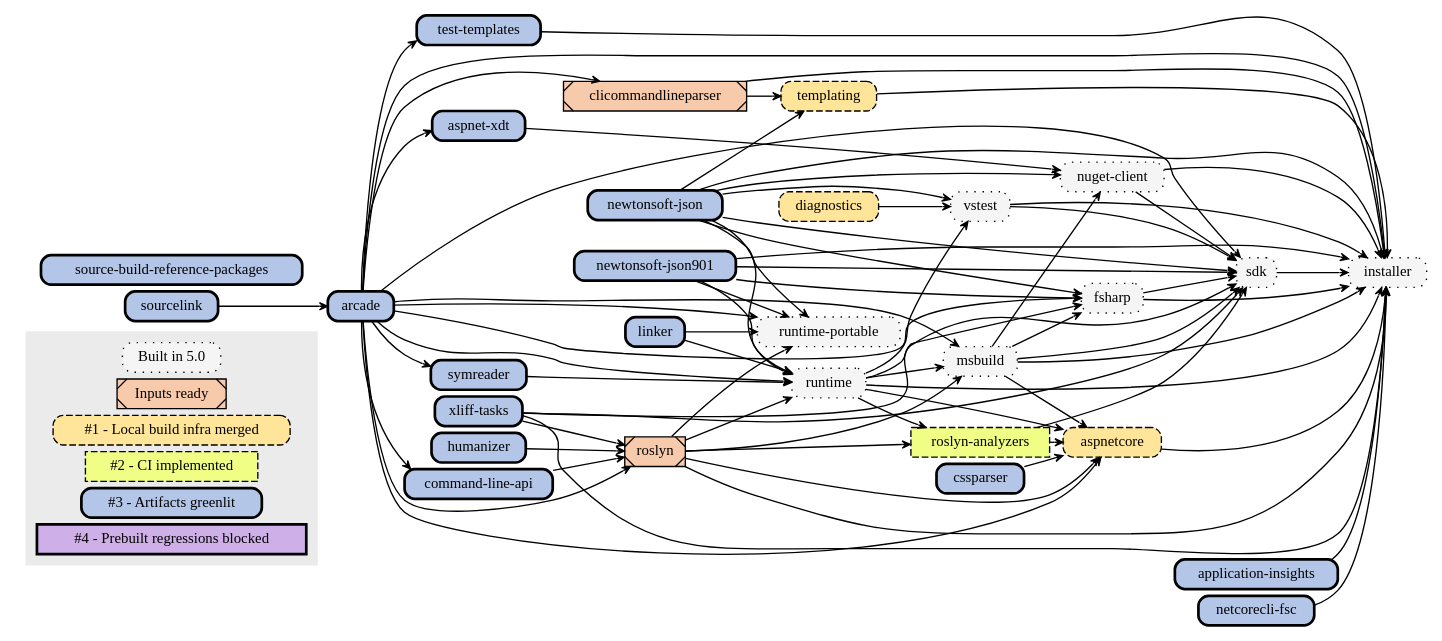
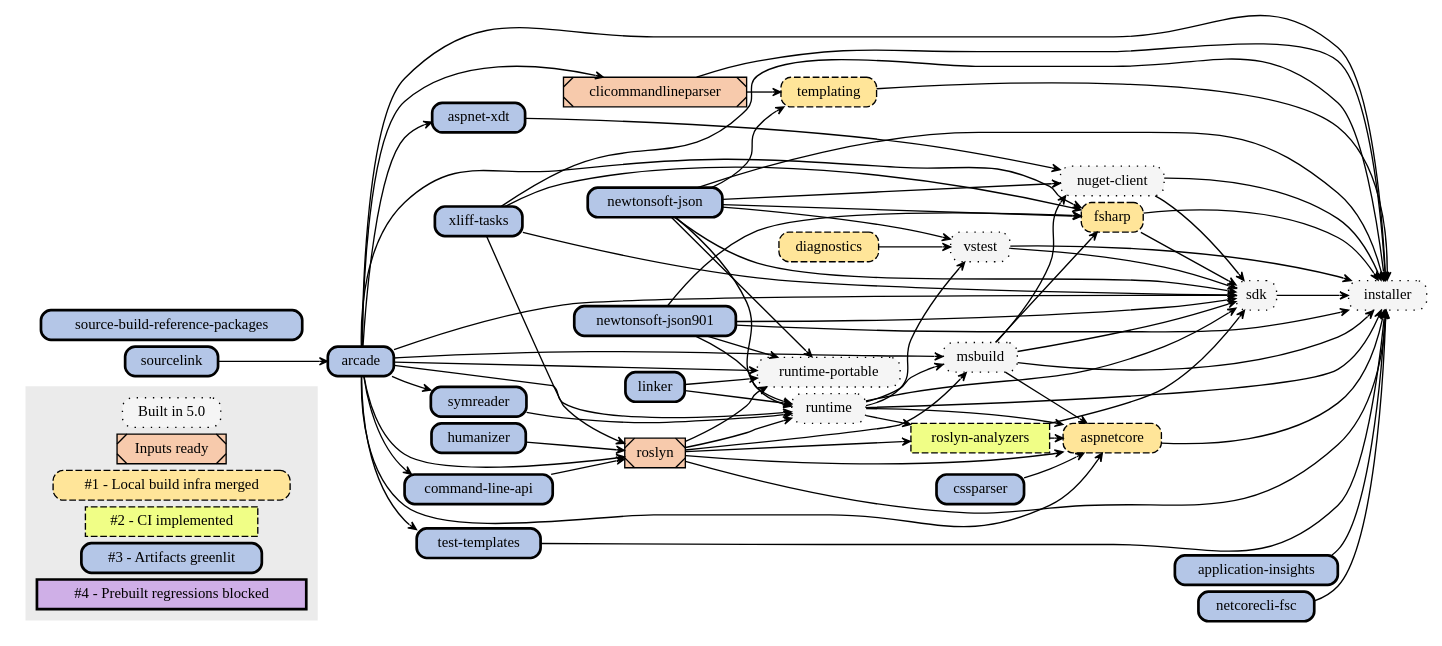
One commit to dotnet/source-build changed the diagram in Documentation/planning/arcade-powered-source-build/img/implementation-plan-graph.dot. Above: the diagram before and after it, drawn with Graphviz. The commit also changed other lines of this file, not shown here.

```diff
--- a/Documentation/planning/arcade-powered-source-build/img/implementation-plan-graph.dot
+++ b/Documentation/planning/arcade-powered-source-build/img/implementation-plan-graph.dot
@@ -1,148 +1,148 @@
 // dot.exe implementation-plan-graph.dot -Tsvg -o implementation-plan-graph.svg
 
 digraph {
 node[
   shape=rect
   width=0 height=0 margin=0.07
   style=filled
   fontsize=11]
 edge[
   penwidth=1
   arrowsize=0.6
   arrowhead=vee
   pencolor="#444444"]
 rankdir=LR
 nodesep=0.07
 ranksep=0.08
 
 node [fillcolor="#F5F5F5",style="dotted,filled,rounded",tooltip="Built"]
 "pre0"[label="Built in 5.0"]
-"fsharp"
 "installer"
 "msbuild"
 "nuget-client"
 "runtime-portable"
 "runtime"
 "sdk"
 "vstest"
 
 node [fillcolor="#F7CAAC",style="filled,diagonals",tooltip="Inputs ready"]
 "pre1"[label="Inputs ready"]
 "roslyn"
 "clicommandlineparser"
 
 
 node [fillcolor="#FFE599",style="dashed,filled,rounded",tooltip="1"]
 "s1"[label="#1 - Local build infra merged"]
 "aspnetcore"
 "diagnostics"
+"fsharp"
 "templating"
 
 node [fillcolor="#F0FE86",style="dashed,filled",tooltip="2"]
 "s2"[label="#2 - CI implemented"]
 "roslyn-analyzers"
 
 node [fillcolor="#B4C6E7",style="bold,filled,rounded",tooltip="3"]
 "s3"[label="#3 - Artifacts greenlit"]
 "application-insights"
 "arcade"
 "aspnet-xdt"
 "command-line-api"
 "cssparser"
 "humanizer"
 "linker"
 "netcorecli-fsc"
 "newtonsoft-json"
 "newtonsoft-json901"
 "source-build-reference-packages"
 "sourcelink"
 "symreader"
 "test-templates"
 "xliff-tasks"
 
 node [fillcolor="#CFAFE7",style="bold,filled",tooltip="4"]
 "s4"[label="#4 - Prebuilt regressions blocked"]
 
 // Color all future nodes red. All nodes should be accounted for: red means they need a category.
 node [fillcolor="#FF0000",style=filled]
 
 subgraph clusterLegend {
   style=filled
   color="#ebebeb"
   "pre0" "pre1" "s1" "s2" "s3" "s4"
 }
 
 // Remaining text created by generate-graphviz.proj based on repos/*.proj:
 "sourcelink" -> "arcade"
 "arcade" -> "aspnet-xdt"
 "arcade" -> "aspnetcore"
 "cssparser" -> "aspnetcore"
 "runtime" -> "aspnetcore"
 "msbuild" -> "aspnetcore"
 "roslyn" -> "aspnetcore"
 "roslyn-analyzers" -> "aspnetcore"
 "arcade" -> "clicommandlineparser"
 "arcade" -> "command-line-api"
 "arcade" -> "fsharp"
 "msbuild" -> "fsharp"
 "newtonsoft-json901" -> "fsharp"
 "newtonsoft-json" -> "fsharp"
 "xliff-tasks" -> "fsharp"
 "application-insights" -> "installer"
 "arcade" -> "installer"
 "aspnetcore" -> "installer"
 "clicommandlineparser" -> "installer"
 "fsharp" -> "installer"
 "msbuild" -> "installer"
 "netcorecli-fsc" -> "installer"
 "newtonsoft-json" -> "installer"
 "newtonsoft-json901" -> "installer"
 "nuget-client" -> "installer"
 "roslyn" -> "installer"
 "runtime" -> "installer"
 "sdk" -> "installer"
 "templating" -> "installer"
 "test-templates" -> "installer"
 "vstest" -> "installer"
 "xliff-tasks" -> "installer"
 "arcade" -> "msbuild"
 "runtime" -> "msbuild"
 "roslyn" -> "msbuild"
 "newtonsoft-json" -> "nuget-client"
 "msbuild" -> "nuget-client"
 "aspnet-xdt" -> "nuget-client"
 "runtime" -> "roslyn-analyzers"
 "roslyn" -> "roslyn-analyzers"
 "arcade" -> "roslyn"
 "command-line-api" -> "roslyn"
 "humanizer" -> "roslyn"
 "xliff-tasks" -> "roslyn"
 "arcade" -> "runtime-portable"
 "linker" -> "runtime-portable"
 "newtonsoft-json" -> "runtime-portable"
 "newtonsoft-json901" -> "runtime-portable"
 "roslyn" -> "runtime-portable"
 "arcade" -> "runtime"
 "symreader" -> "runtime"
 "linker" -> "runtime"
 "newtonsoft-json" -> "runtime"
 "newtonsoft-json901" -> "runtime"
 "roslyn" -> "runtime"
 "arcade" -> "sdk"
 "xliff-tasks" -> "sdk"
 "runtime" -> "sdk"
 "msbuild" -> "sdk"
 "newtonsoft-json" -> "sdk"
 "newtonsoft-json901" -> "sdk"
 "nuget-client" -> "sdk"
 "roslyn-analyzers" -> "sdk"
 "vstest" -> "sdk"
 "fsharp" -> "sdk"
 "arcade" -> "symreader"
 "clicommandlineparser" -> "templating"
 "newtonsoft-json" -> "templating"
 "arcade" -> "test-templates"
 "diagnostics" -> "vstest"
 "runtime" -> "vstest"
 "newtonsoft-json" -> "vstest"
 }
```
